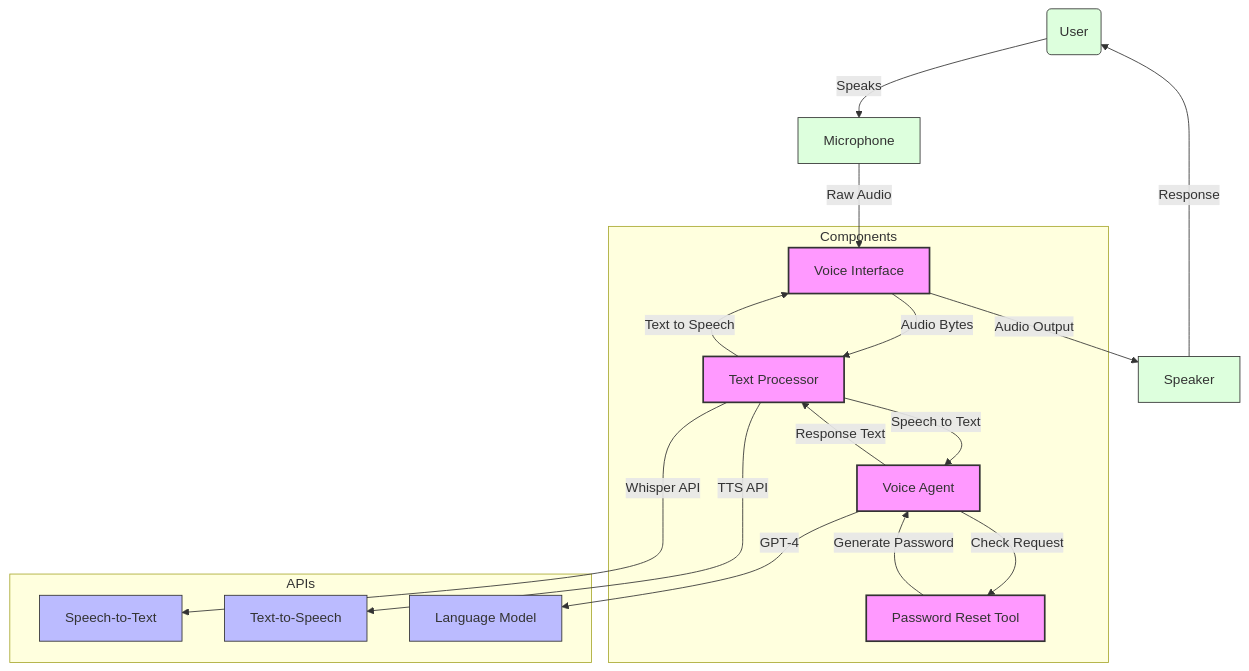
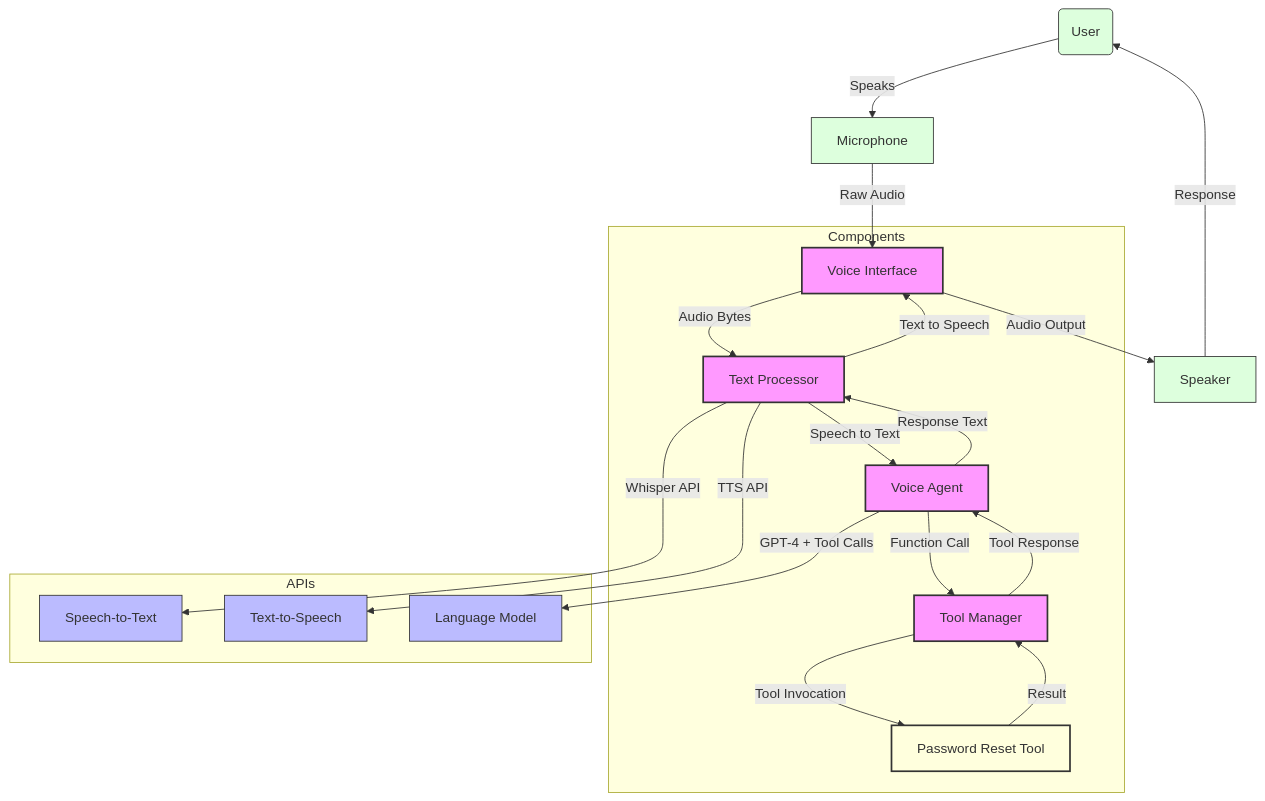
The diagram in docs/architecture.md (thomgoodman/voice-agent-prototype), drawn with Mermaid before and after one commit. The commit also changed other lines of this file and 2 other files, not shown here.

Commit message:
Updates mermaid

````diff
--- a/docs/architecture.md
+++ b/docs/architecture.md
@@ -1,34 +1,42 @@
 ```mermaid
 graph TD
     User(User) -->|Speaks| Mic[Microphone]
     Mic --> |Raw Audio| VoiceInterface[Voice Interface]
     VoiceInterface -->|Audio Bytes| TextProcessor[Text Processor]
     TextProcessor -->|Speech to Text| Agent[Voice Agent]
-    Agent -->|Check Request| PasswordReset[Password Reset Tool]
-    PasswordReset -->|Generate Password| Agent
+    
+    %% Tool Call Flow
+    Agent -->|Function Call| ToolManager[Tool Manager]
+    ToolManager -->|Tool Invocation| PasswordReset[Password Reset Tool]
+    PasswordReset -->|Result| ToolManager
+    ToolManager -->|Tool Response| Agent
+    
     Agent -->|Response Text| TextProcessor
     TextProcessor -->|Text to Speech| VoiceInterface
     VoiceInterface -->|Audio Output| Speaker[Speaker]
     Speaker -->|Response| User
 
     subgraph Components
         VoiceInterface
         TextProcessor
         Agent
+        ToolManager
         PasswordReset
     end
 
     subgraph APIs
         TextProcessor -->|Whisper API| STT[Speech-to-Text]
         TextProcessor -->|TTS API| TTS[Text-to-Speech]
-        Agent -->|GPT-4| LLM[Language Model]
+        Agent -->|GPT-4 + Tool Calls| LLM[Language Model]
     end
 
     classDef component fill:#f9f,stroke:#333,stroke-width:2px;
     classDef api fill:#bbf,stroke:#333,stroke-width:1px;
     classDef io fill:#dfd,stroke:#333,stroke-width:1px;
+    classDef tool fill:#ffd,stroke:#333,stroke-width:2px;
     
-    class VoiceInterface,TextProcessor,Agent,PasswordReset component;
+    class VoiceInterface,TextProcessor,Agent,ToolManager component;
+    class PasswordReset tool;
     class STT,TTS,LLM api;
     class User,Mic,Speaker io;
 ```
````
